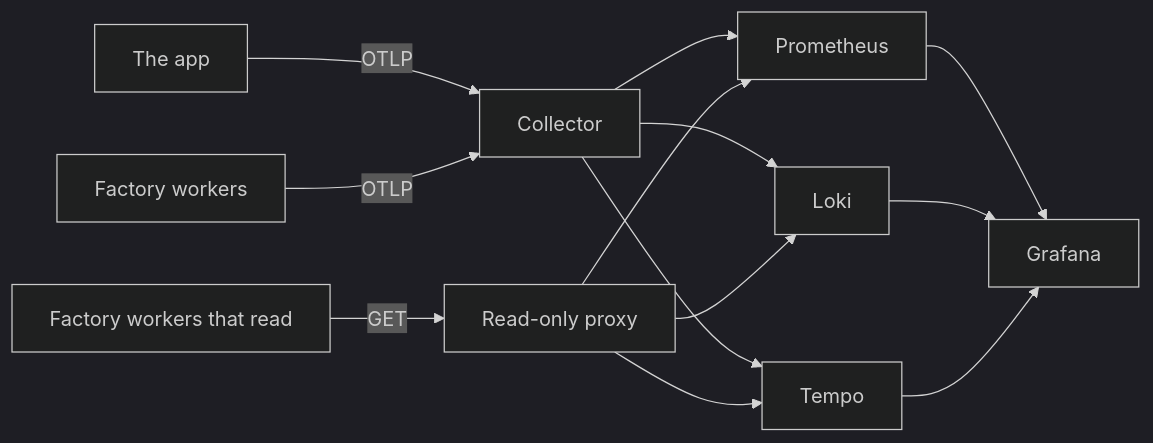
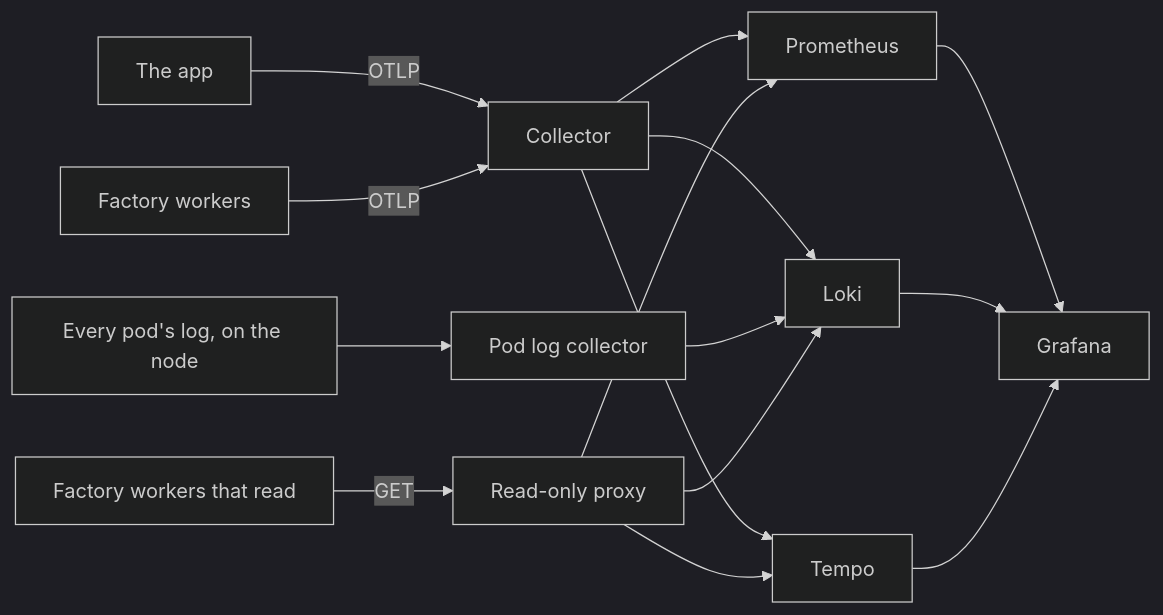
The diagram in docs/COMPONENTS/TELEMETRY.md (mrogan/cv-software-factory), drawn with Mermaid (dark theme) before and after one commit. The commit also changed other lines of this file and 19 other files, not shown here.

````diff
--- a/docs/COMPONENTS/TELEMETRY.md
+++ b/docs/COMPONENTS/TELEMETRY.md
@@ -8,11 +8,12 @@
 ```mermaid
 flowchart LR
   app[The app] -- OTLP --> collector[Collector]
   workers[Factory workers] -- OTLP --> collector
   collector --> prometheus[Prometheus]
   collector --> loki[Loki]
   collector --> tempo[Tempo]
+  pods[Every pod's log, on the node] --> podlogs[Pod log collector] --> loki
   prometheus & loki & tempo --> grafana[Grafana]
   readers[Factory workers that read] -- GET --> query[Read-only proxy]
   query --> prometheus & loki & tempo
 ```
````
